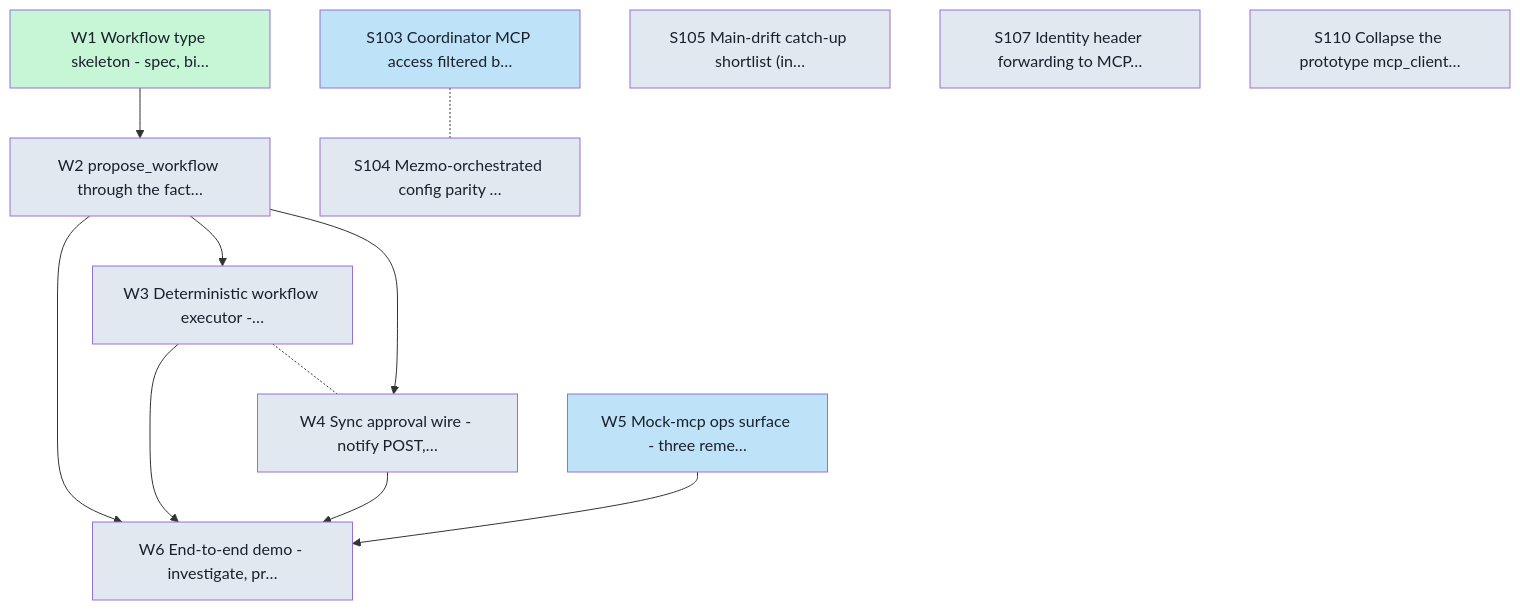
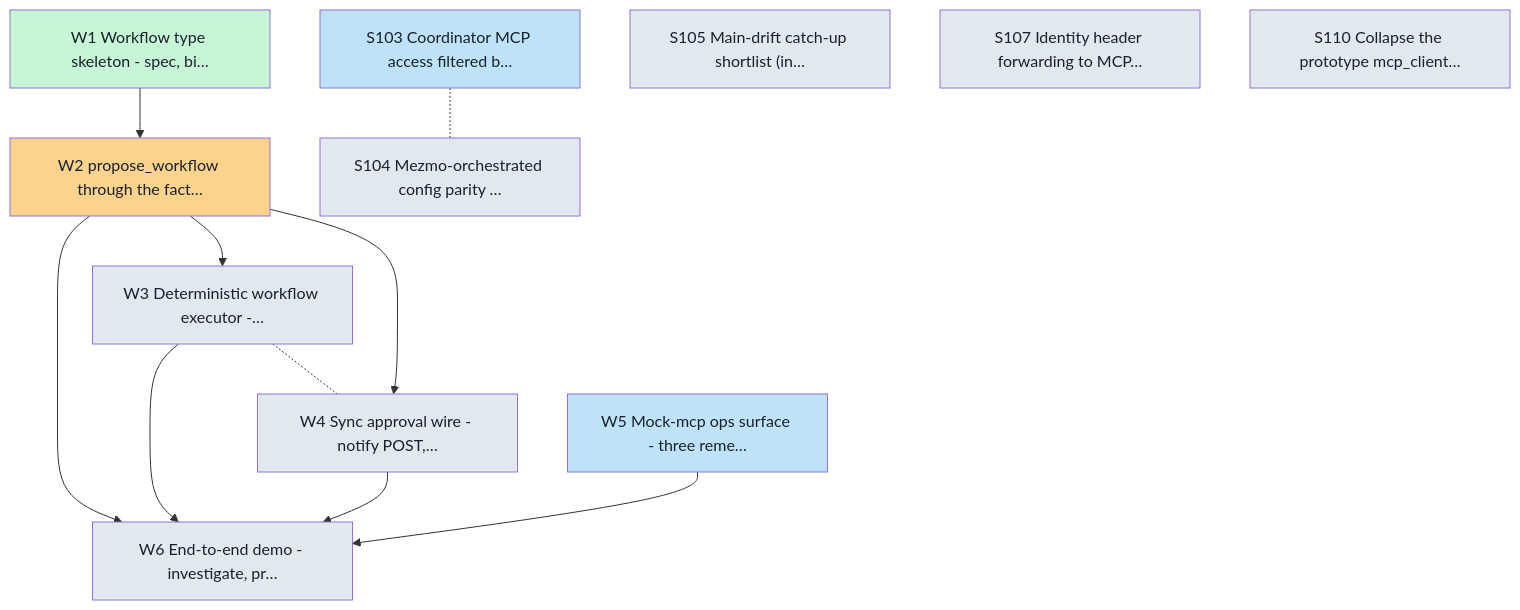
One commit to Shearerbeard/agent-driver-prototype changed the diagram in docs/board/cards/graph.md. Above: the diagram before and after it, drawn with Mermaid. The commit also changed 3 other files, not shown here.

````diff
--- a/docs/board/cards/graph.md
+++ b/docs/board/cards/graph.md
@@ -8,28 +8,28 @@
 ```mermaid
 flowchart TD
   classDef backlog fill:#e2e8f0,color:#1a202c;
   classDef ready fill:#bee3f8,color:#1a202c;
   classDef inprogress fill:#fbd38d,color:#1a202c;
   classDef inreview fill:#d6bcfa,color:#1a202c;
   classDef done fill:#c6f6d5,color:#1a202c;
   W1["W1 Workflow type skeleton - spec, bi…"]:::done
-  W2["W2 propose_workflow through the fact…"]:::backlog
+  W2["W2 propose_workflow through the fact…"]:::inprogress
   W3["W3 Deterministic workflow executor -…"]:::backlog
   W4["W4 Sync approval wire - notify POST,…"]:::backlog
   W5["W5 Mock-mcp ops surface - three reme…"]:::ready
   W6["W6 End-to-end demo - investigate, pr…"]:::backlog
   S103["S103 Coordinator MCP access filtered b…"]:::ready
   S104["S104 Mezmo-orchestrated config parity …"]:::backlog
   S105["S105 Main-drift catch-up shortlist (in…"]:::backlog
   S107["S107 Identity header forwarding to MCP…"]:::backlog
   S110["S110 Collapse the prototype mcp_client…"]:::backlog
   W1 --> W2
   W2 --> W3
   W3 -.- W4
   W2 --> W4
   W2 --> W6
   W3 --> W6
   W4 --> W6
   W5 --> W6
   S103 -.- S104
 ```
````
